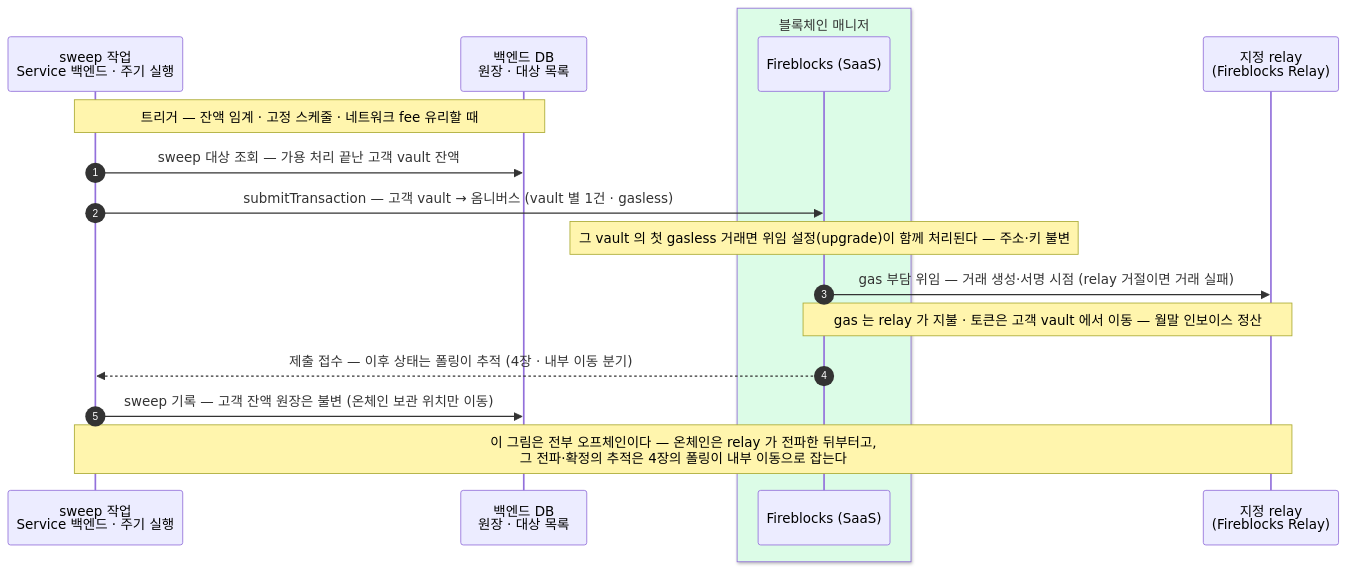
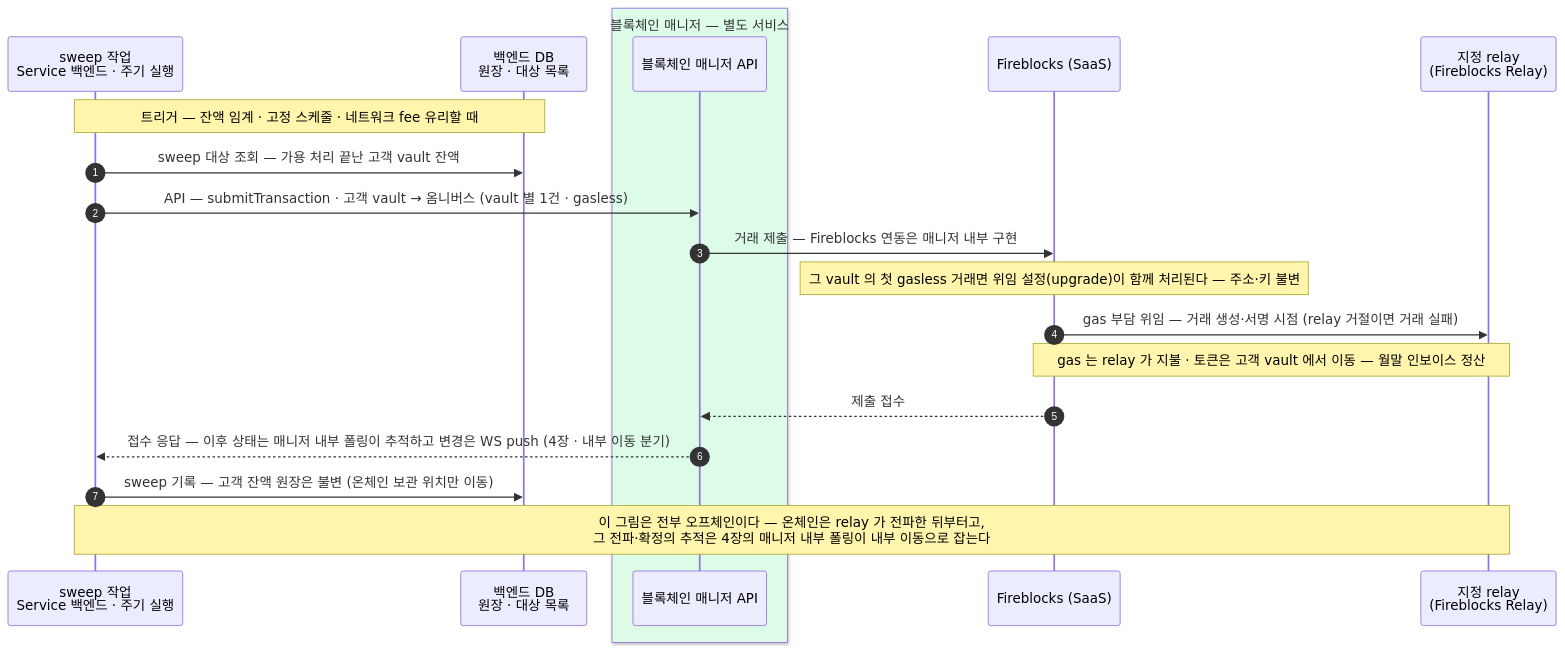
Before and after one commit to eunsujeo/eunpus: the second of 2 diagrams in blockchain-manager/docs/설계/05-deposit.md, drawn with Mermaid. The commit also changed other lines of this file and 10 other files, not shown here.

First line of the commit message:
칸반 문서: 아키텍처 경계 전면 전환 — 포트/어댑터 → 매니저 API + 웹소켓

````diff
--- a/blockchain-manager/docs/설계/05-deposit.md
+++ b/blockchain-manager/docs/설계/05-deposit.md
@@ -77,20 +82,23 @@
 ```mermaid
 sequenceDiagram
     autonumber
     participant SW as sweep 작업<br/>Service 백엔드 · 주기 실행
     participant DB as 백엔드 DB<br/>원장 · 대상 목록
-    box rgb(220,252,231) 블록체인 매니저
+    box rgb(220,252,231) 블록체인 매니저 — 별도 서비스
+    participant BM as 블록체인 매니저 API
+    end
     participant FB as Fireblocks (SaaS)
-    end
     participant RL as 지정 relay<br/>(Fireblocks Relay)
 
     Note over SW,DB: 트리거 — 잔액 임계 · 고정 스케줄 · 네트워크 fee 유리할 때
     SW->>DB: sweep 대상 조회 — 가용 처리 끝난 고객 vault 잔액
-    SW->>FB: submitTransaction — 고객 vault → 옴니버스 (vault 별 1건 · gasless)
+    SW->>BM: API — submitTransaction · 고객 vault → 옴니버스 (vault 별 1건 · gasless)
+    BM->>FB: 거래 제출 — Fireblocks 연동은 매니저 내부 구현
     Note over FB: 그 vault 의 첫 gasless 거래면 위임 설정(upgrade)이 함께 처리된다 — 주소·키 불변
     FB->>RL: gas 부담 위임 — 거래 생성·서명 시점 (relay 거절이면 거래 실패)
     Note over FB,RL: gas 는 relay 가 지불 · 토큰은 고객 vault 에서 이동 — 월말 인보이스 정산
-    FB-->>SW: 제출 접수 — 이후 상태는 폴링이 추적 (4장 · 내부 이동 분기)
+    FB-->>BM: 제출 접수
+    BM-->>SW: 접수 응답 — 이후 상태는 매니저 내부 폴링이 추적하고 변경은 WS push (4장 · 내부 이동 분기)
     SW->>DB: sweep 기록 — 고객 잔액 원장은 불변 (온체인 보관 위치만 이동)
-    Note over SW,RL: 이 그림은 전부 오프체인이다 — 온체인은 relay 가 전파한 뒤부터고,<br/>그 전파·확정의 추적은 4장의 폴링이 내부 이동으로 잡는다
+    Note over SW,RL: 이 그림은 전부 오프체인이다 — 온체인은 relay 가 전파한 뒤부터고,<br/>그 전파·확정의 추적은 4장의 매니저 내부 폴링이 내부 이동으로 잡는다
 ```
````
